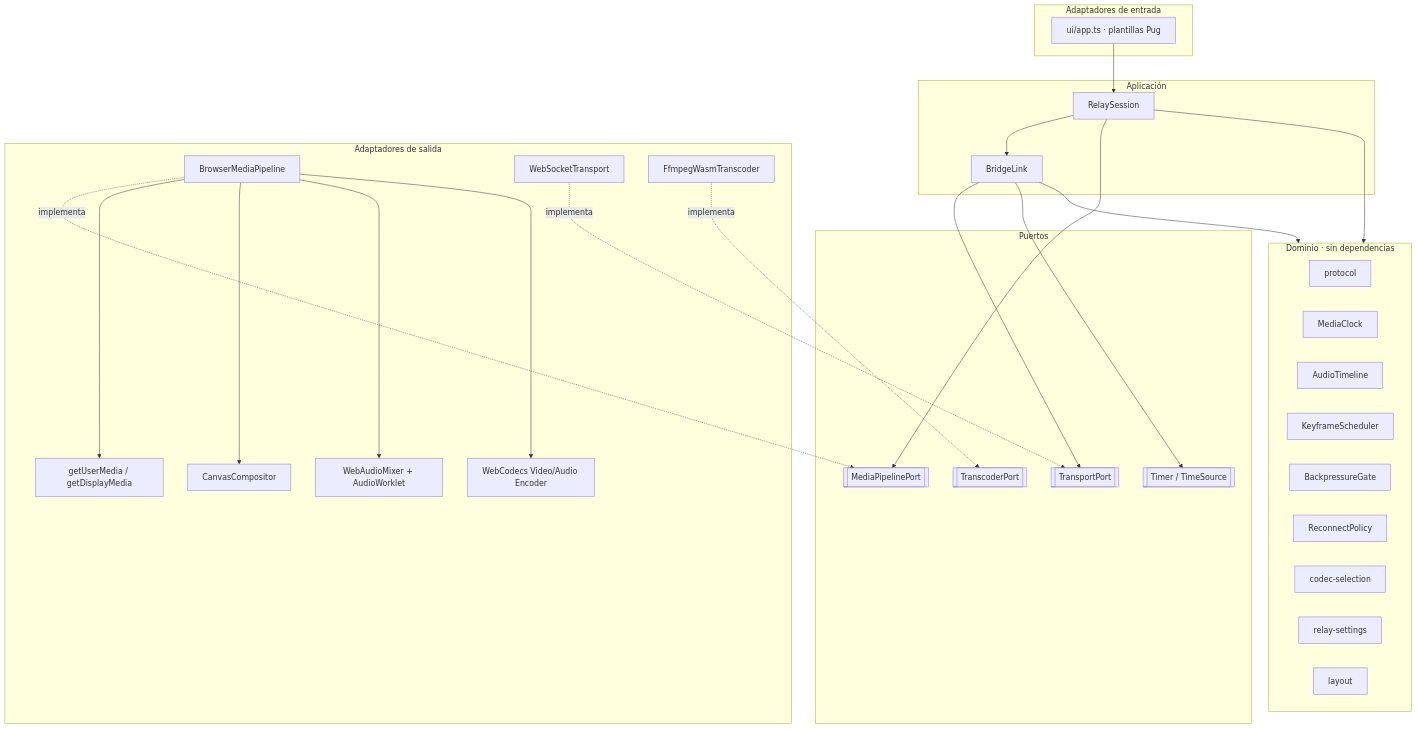
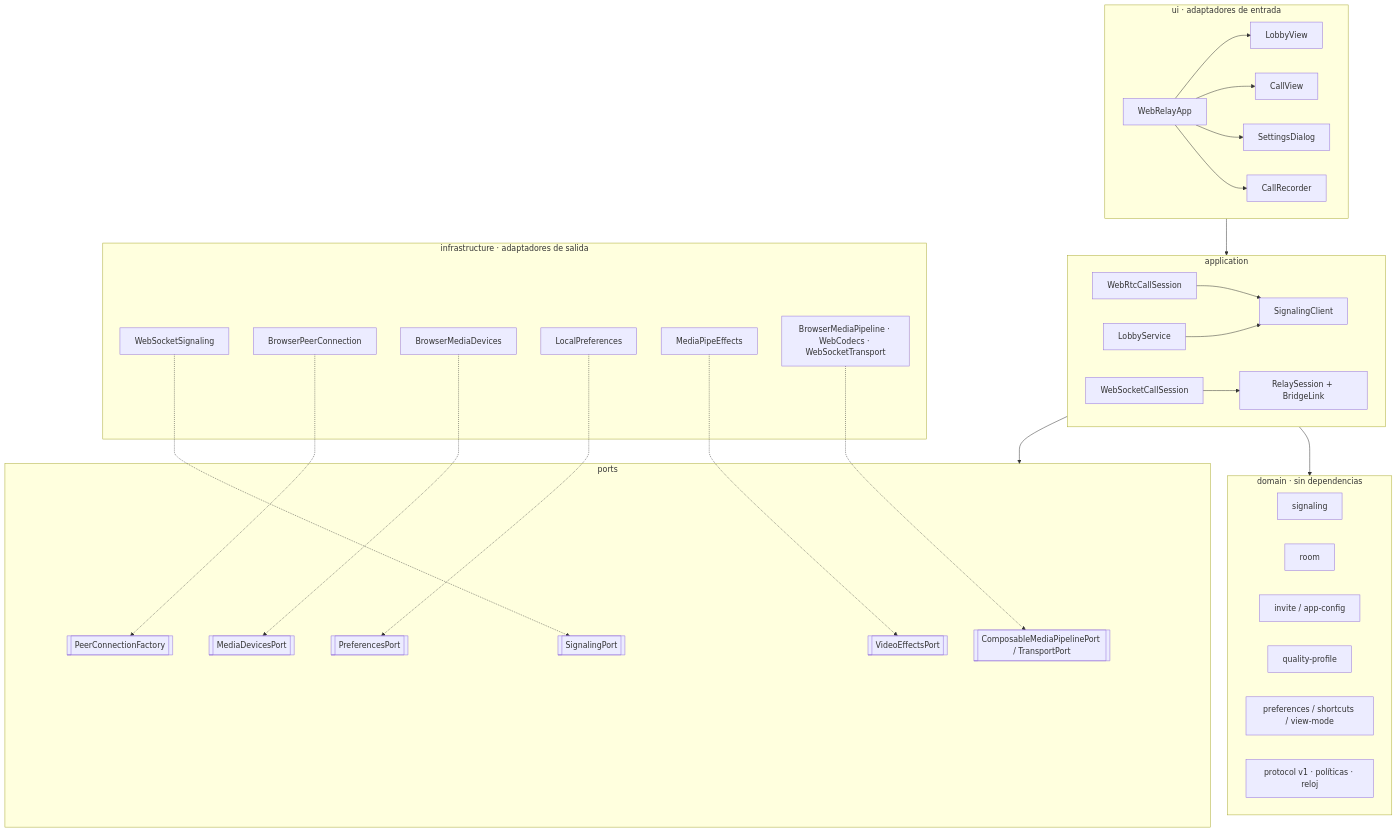
The third of 4 diagrams in docs/architecture.md (rafex/ether-webrelay), drawn with Mermaid before and after one commit. The commit also changed other lines of this file and 21 other files, not shown here.

First line of the commit message:
docs: document signaling v2 and refresh guides for the lobby and call

````diff
--- a/docs/architecture.md
+++ b/docs/architecture.md
@@ -30,47 +57,52 @@
 ```mermaid
 flowchart TB
-    subgraph driving[Adaptadores de entrada]
-        UI[ui/app.ts · plantillas Pug]
+    subgraph ui[ui · adaptadores de entrada]
+        APP[WebRelayApp] --> LV[LobbyView]
+        APP --> CV[CallView]
+        APP --> SD[SettingsDialog]
+        APP --> REC[CallRecorder]
     end
-    subgraph application[Aplicación]
-        RS[RelaySession]
-        BL[BridgeLink]
+    subgraph application
+        LS[LobbyService]
+        SC[SignalingClient]
+        WC[WebRtcCallSession]
+        WSC[WebSocketCallSession]
+        RS[RelaySession + BridgeLink]
     end
-    subgraph domain[Dominio · sin dependencias]
-        P[protocol]
-        MC[MediaClock]
-        AT[AudioTimeline]
-        KS[KeyframeScheduler]
-        BP[BackpressureGate]
-        RP[ReconnectPolicy]
-        CS[codec-selection]
-        ST[relay-settings]
-        LY[layout]
+    subgraph domain[domain · sin dependencias]
+        SIG[signaling]
+        ROOM[room]
+        INV[invite / app-config]
+        QP[quality-profile]
+        PREF[preferences / shortcuts / view-mode]
+        V1[protocol v1 · políticas · reloj]
     end
-    subgraph ports[Puertos]
-        MPP[[MediaPipelinePort]]
-        TP[[TransportPort]]
-        TM[[Timer / TimeSource]]
-        TC[[TranscoderPort]]
+    subgraph ports
+        P1[[SignalingPort]]
+        P2[[PeerConnectionFactory]]
+        P3[[MediaDevicesPort]]
+        P4[[PreferencesPort]]
+        P5[[VideoEffectsPort]]
+        P6[[ComposableMediaPipelinePort / TransportPort]]
     end
-    subgraph infra[Adaptadores de salida]
-        BMP[BrowserMediaPipeline]
-        CAP[getUserMedia / getDisplayMedia]
-        CMP[CanvasCompositor]
-        MIX[WebAudioMixer + AudioWorklet]
-        ENC[WebCodecs Video/Audio Encoder]
-        WS[WebSocketTransport]
-        FF[FfmpegWasmTranscoder]
+    subgraph infrastructure[infrastructure · adaptadores de salida]
+        I1[WebSocketSignaling]
+        I2[BrowserPeerConnection]
+        I3[BrowserMediaDevices]
+        I4[LocalPreferences]
+        I5[MediaPipeEffects]
+        I6[BrowserMediaPipeline · WebCodecs · WebSocketTransport]
     end
-    UI --> RS
-    RS --> BL
-    RS --> MPP
-    BL --> TP
-    BL --> TM
-    RS --> domain
-    BL --> domain
-    BMP -.implementa.-> MPP
-    WS -.implementa.-> TP
-    FF -.implementa.-> TC
-    BMP --> CAP & CMP & MIX & ENC
+    ui --> application
+    application --> domain
+    application --> ports
+    I1 -.-> P1
+    I2 -.-> P2
+    I3 -.-> P3
+    I4 -.-> P4
+    I5 -.-> P5
+    I6 -.-> P6
+    WC --> SC
+    LS --> SC
+    WSC --> RS
 ```
````
